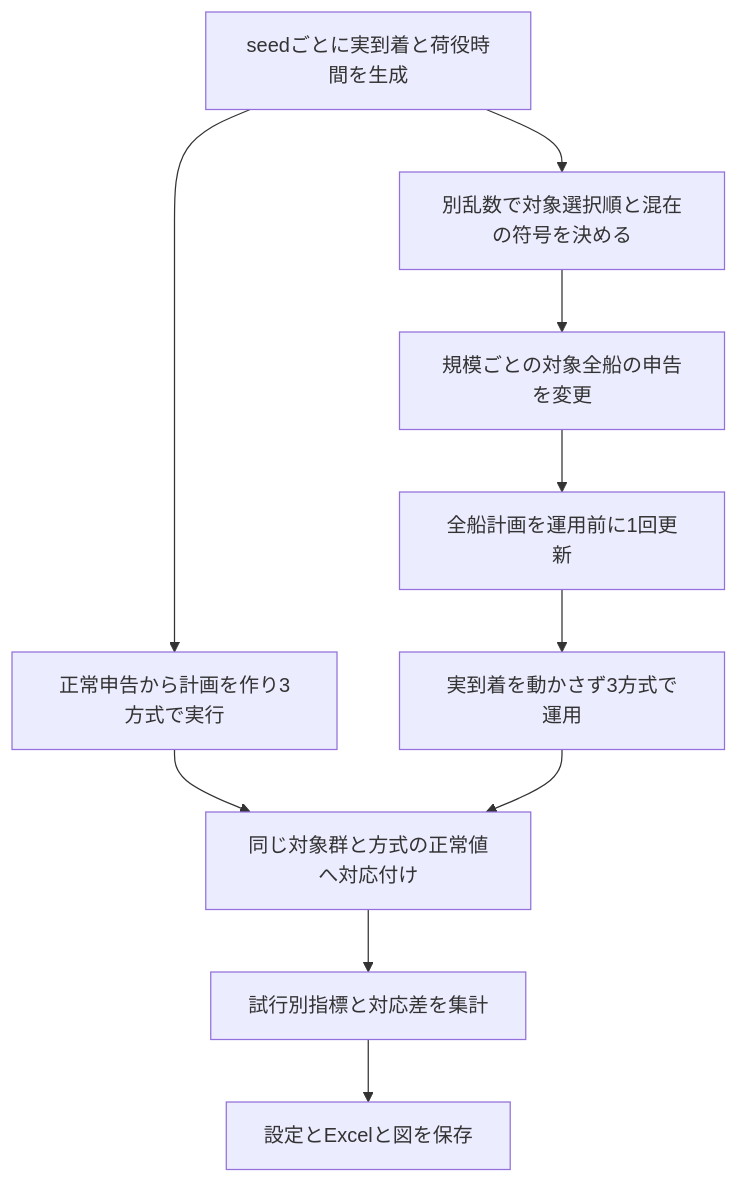
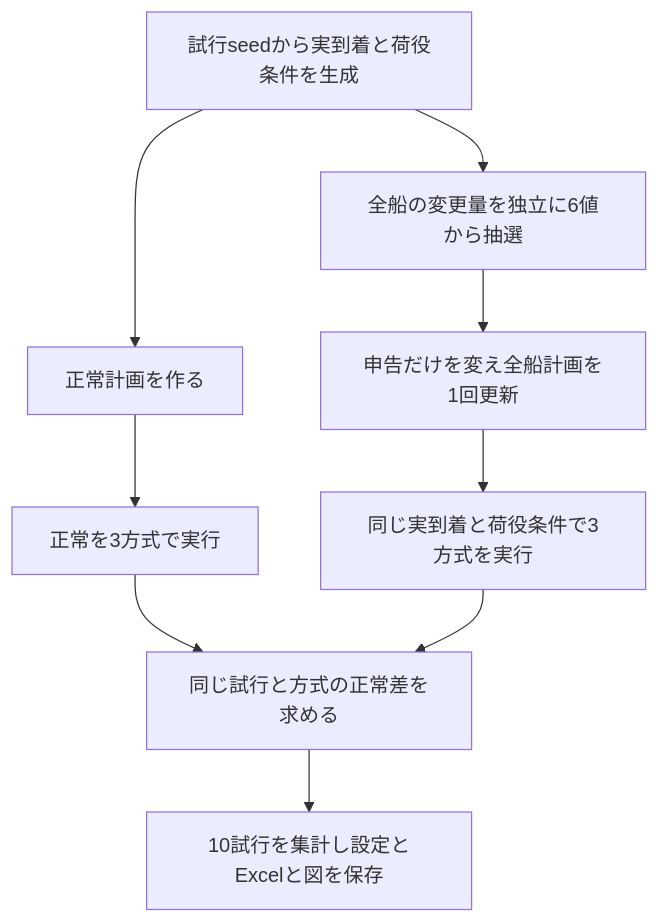
Before and after one commit to ryusukeke/thesis: the diagram in docs/実装説明.md, drawn with Mermaid. The commit also changed other lines of this file and 31 other files, not shown here.

````diff
--- a/docs/実装説明.md
+++ b/docs/実装説明.md
@@ -9,12 +9,11 @@
 ```mermaid
 flowchart TD
-    A[seedごとに実到着と荷役時間を生成] --> B[正常申告から計画を作り3方式で実行]
-    A --> C[別乱数で対象選択順と混在の符号を決める]
-    C --> D[規模ごとの対象全船の申告を変更]
-    D --> E[全船計画を運用前に1回更新]
-    E --> F[実到着を動かさず3方式で運用]
-    B --> G[同じ対象群と方式の正常値へ対応付け]
+    A[試行seedから実到着と荷役条件を生成] --> B[正常計画を作る]
+    A --> C[全船の変更量を独立に6値から抽選]
+    C --> D[申告だけを変え全船計画を1回更新]
+    B --> E[正常を3方式で実行]
+    D --> F[同じ実到着と荷役条件で3方式を実行]
+    E --> G[同じ試行と方式の正常差を求める]
     F --> G
-    G --> H[試行別指標と対応差を集計]
-    H --> I[設定とExcelと図を保存]
+    G --> H[10試行を集計し設定とExcelと図を保存]
 ```
````
